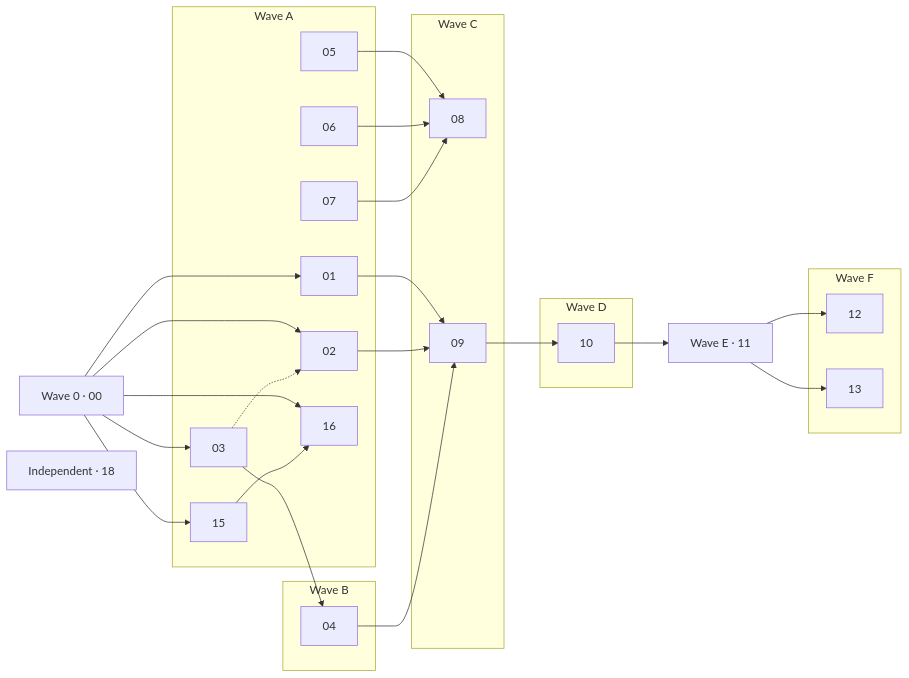
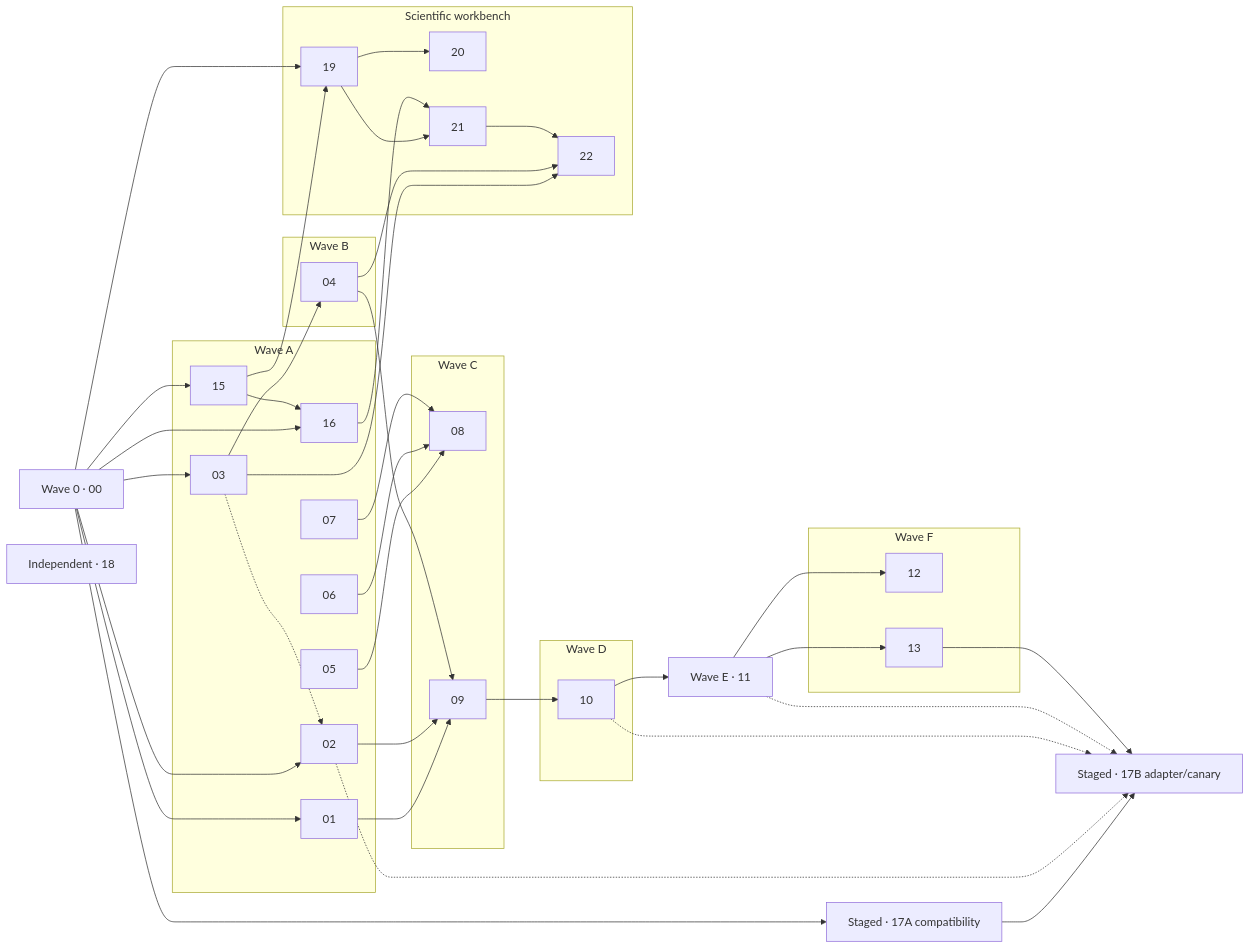
The diagram in tasks/plans/README.md (medhorizon/medhorizon), drawn with Mermaid before and after one commit. The commit also changed other lines of this file and 6 other files, not shown here.

````diff
--- a/tasks/plans/README.md
+++ b/tasks/plans/README.md
@@ -40,48 +45,70 @@
 ```mermaid
 flowchart LR
   Z00["Wave 0 · 00"]
   subgraph W1["Wave A"]
     A01["01"]
     A02["02"]
     A03["03"]
     A05["05"]
     A06["06"]
     A07["07"]
     A15["15"]
     A16["16"]
   end
   subgraph W2["Wave B"]
     B04["04"]
   end
   subgraph W3["Wave C"]
     C08["08"]
     C09["09"]
   end
   subgraph W4["Wave D"]
     D10["10"]
   end
   E11["Wave E · 11"]
   subgraph W6["Wave F"]
     F12["12"]
     F13["13"]
   end
+  Y17A["Staged · 17A compatibility"]
+  Y17B["Staged · 17B adapter/canary"]
   X18["Independent · 18"]
+  subgraph W7["Scientific workbench"]
+    G19["19"]
+    G20["20"]
+    G21["21"]
+    G22["22"]
+  end
   Z00 --> A01
   Z00 --> A02
   Z00 --> A03
   Z00 --> A15
   Z00 --> A16
   A15 --> A16
   A03 --> B04
   A03 -.-> A02
   A05 --> C08
   A06 --> C08
   A07 --> C08
   A01 --> C09
   A02 --> C09
   B04 --> C09
   C09 --> D10
   D10 --> E11
   E11 --> F12
   E11 --> F13
+  Z00 --> Y17A
+  Y17A --> Y17B
+  A02 -.-> Y17B
+  D10 -.-> Y17B
+  E11 -.-> Y17B
+  F13 --> Y17B
+  Z00 --> G19
+  A15 --> G19
+  G19 --> G20
+  G19 --> G21
+  A16 --> G21
+  A03 --> G22
+  B04 --> G22
+  G21 --> G22
 ```
````
